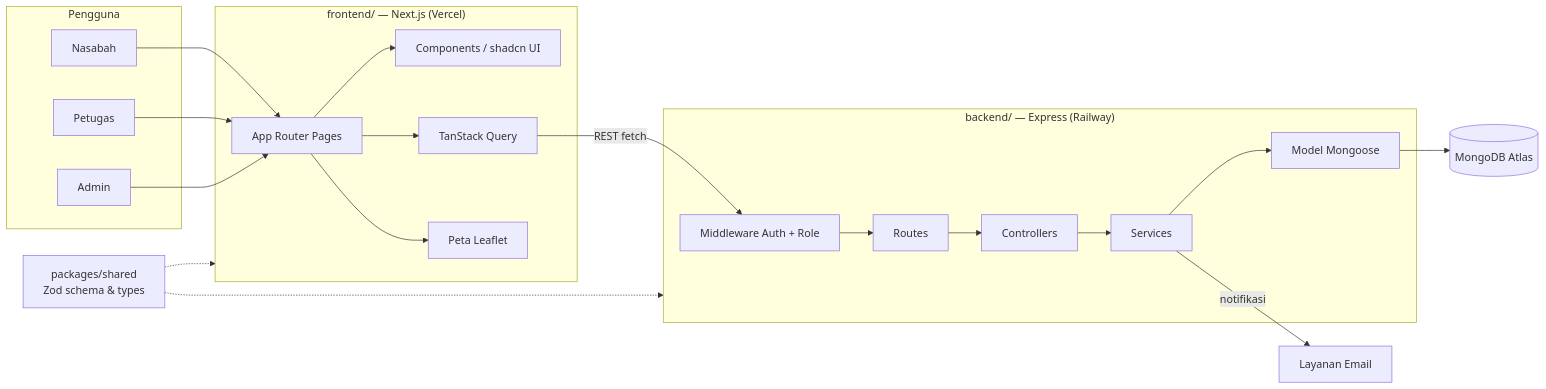
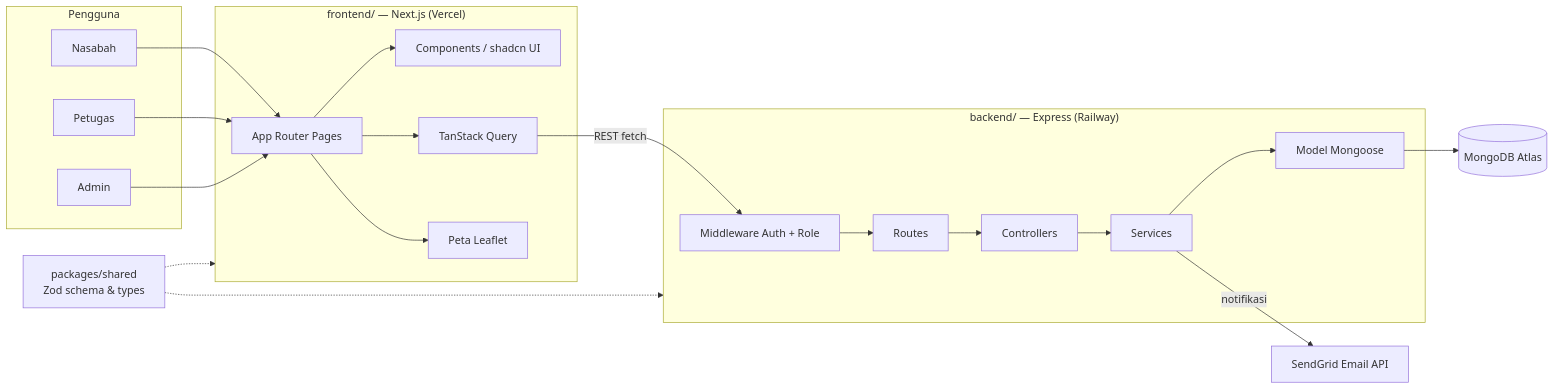
The first of 3 diagrams in docs/architecture.id.md (nael0407/US4-Bank-Sampah), drawn with Mermaid before and after one commit. The commit also changed other lines of this file, not shown here.

Commit message:
docs(architecture): switch email provider to sendgrid in indonesian doc

````diff
--- a/docs/architecture.id.md
+++ b/docs/architecture.id.md
@@ -11,40 +11,40 @@
 ```mermaid
 flowchart LR
     subgraph Users["Pengguna"]
         N[Nasabah]
         PT[Petugas]
         A[Admin]
     end
 
     subgraph FE["frontend/ — Next.js (Vercel)"]
         UI[App Router Pages]
         Comp[Components / shadcn UI]
         RQ[TanStack Query]
         MAP[Peta Leaflet]
     end
 
     subgraph BE["backend/ — Express (Railway)"]
         MW[Middleware Auth + Role]
         RT[Routes]
         CT[Controllers]
         SV[Services]
         MD[Model Mongoose]
     end
 
     DB[(MongoDB Atlas)]
-    MAIL[Layanan Email]
+    MAIL[SendGrid Email API]
     SH["packages/shared\nZod schema & types"]
 
     N --> UI
     PT --> UI
     A --> UI
     UI --> Comp
     UI --> RQ
     UI --> MAP
     RQ -->|REST fetch| MW
     MW --> RT --> CT --> SV --> MD --> DB
     SV -->|notifikasi| MAIL
 
     SH -.-> FE
     SH -.-> BE
 ```
````
